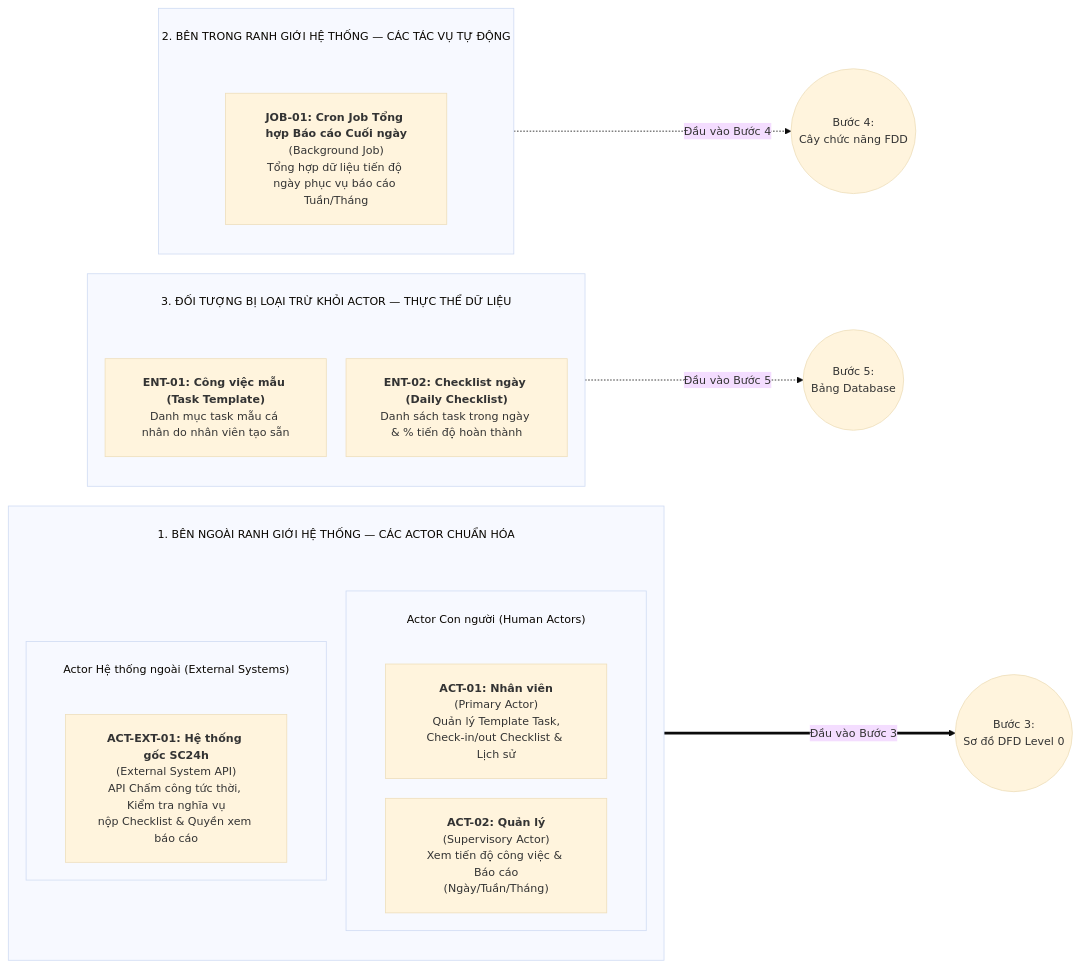
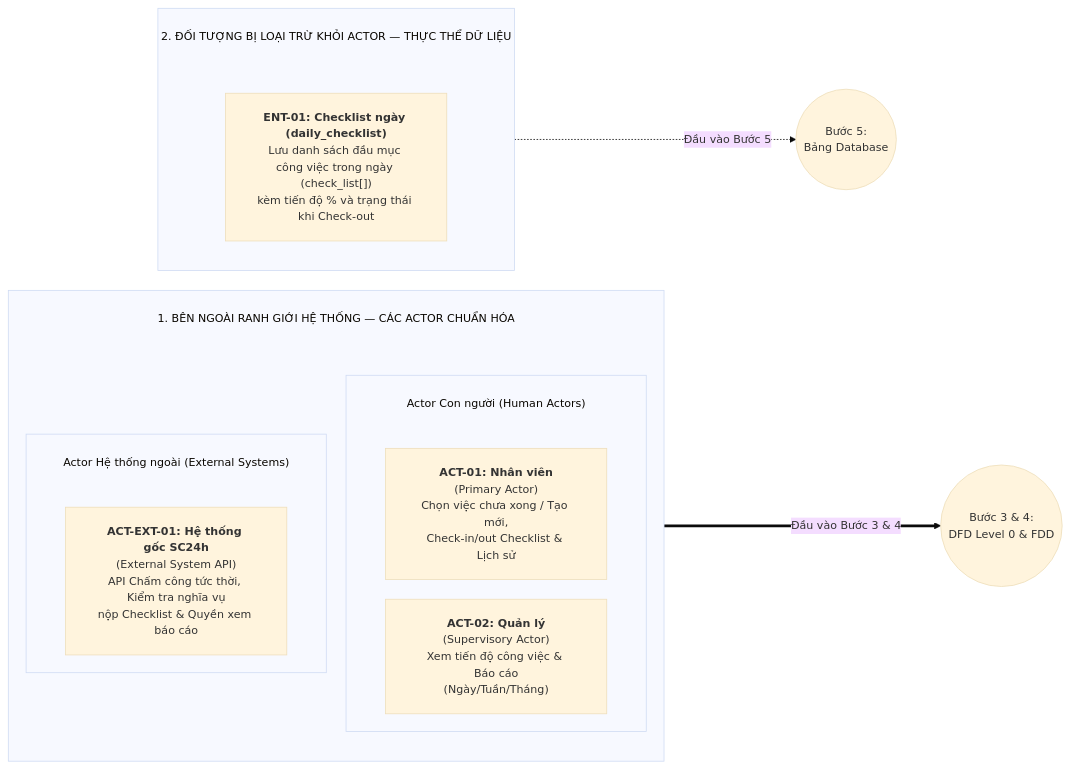
One commit to hungnm3112/project-timekeeper changed the diagram in md/analysis/2-actor-identification.md. Above: the diagram before and after it, drawn with Mermaid. The commit also changed other lines of this file and 5 other files, not shown here.

````diff
--- a/md/analysis/2-actor-identification.md
+++ b/md/analysis/2-actor-identification.md
@@ -106,39 +94,33 @@
 ```mermaid
 %%{init: {
   'theme': 'base',
   'themeVariables': {
     'fontSize': '14px'
   },
   'flowchart': {
     'subGraphTitleMargin': { 'top': 25, 'bottom': 45 },
     'nodeSpacing': 25,
     'rankSpacing': 50,
     'padding': 20
   }
 }}%%
 flowchart LR
     subgraph K1["1. BÊN NGOÀI RANH GIỚI HỆ THỐNG — CÁC ACTOR CHUẨN HÓA"]
         direction TB
         subgraph HUM["Actor Con người (Human Actors)"]
             direction LR
-            ACT01["<b>ACT-01: Nhân viên</b><br/>(Primary Actor)<br/>Quản lý Template Task,<br/>Check-in/out Checklist & Lịch sử"]
+            ACT01["<b>ACT-01: Nhân viên</b><br/>(Primary Actor)<br/>Chọn việc chưa xong / Tạo mới,<br/>Check-in/out Checklist & Lịch sử"]
             ACT02["<b>ACT-02: Quản lý</b><br/>(Supervisory Actor)<br/>Xem tiến độ công việc & Báo cáo<br/>(Ngày/Tuần/Tháng)"]
         end
         subgraph SYS_EXT["Actor Hệ thống ngoài (External Systems)"]
             EXT01["<b>ACT-EXT-01: Hệ thống gốc SC24h</b><br/>(External System API)<br/>API Chấm công tức thời, Kiểm tra nghĩa vụ<br/>nộp Checklist & Quyền xem báo cáo"]
         end
     end
 
-    subgraph K2["2. BÊN TRONG RANH GIỚI HỆ THỐNG — CÁC TÁC VỤ TỰ ĐỘNG"]
-        JOB01["<b>JOB-01: Cron Job Tổng hợp Báo cáo Cuối ngày</b><br/>(Background Job)<br/>Tổng hợp dữ liệu tiến độ ngày phục vụ báo cáo Tuần/Tháng"]
+    subgraph K3["2. ĐỐI TƯỢNG BỊ LOẠI TRỪ KHỎI ACTOR — THỰC THỂ DỮ LIỆU"]
+        ENT01["<b>ENT-01: Checklist ngày (daily_checklist)</b><br/>Lưu danh sách đầu mục công việc trong ngày (check_list[])<br/>kèm tiến độ % và trạng thái khi Check-out"]
     end
 
-    subgraph K3["3. ĐỐI TƯỢNG BỊ LOẠI TRỪ KHỎI ACTOR — THỰC THỂ DỮ LIỆU"]
-        ENT01["<b>ENT-01: Công việc mẫu (Task Template)</b><br/>Danh mục task mẫu cá nhân do nhân viên tạo sẵn"]
-        ENT02["<b>ENT-02: Checklist ngày (Daily Checklist)</b><br/>Danh sách task trong ngày & % tiến độ hoàn thành"]
-    end
-
-    K1 ===>|"Đầu vào Bước 3"| B3(("Bước 3:<br/>Sơ đồ DFD Level 0"))
-    K2 -.->|"Đầu vào Bước 4"| B4(("Bước 4:<br/>Cây chức năng FDD"))
+    K1 ===>|"Đầu vào Bước 3 & 4"| B3(("Bước 3 & 4:<br/>DFD Level 0 & FDD"))
     K3 -.->|"Đầu vào Bước 5"| B5(("Bước 5:<br/>Bảng Database"))
 ```
````
